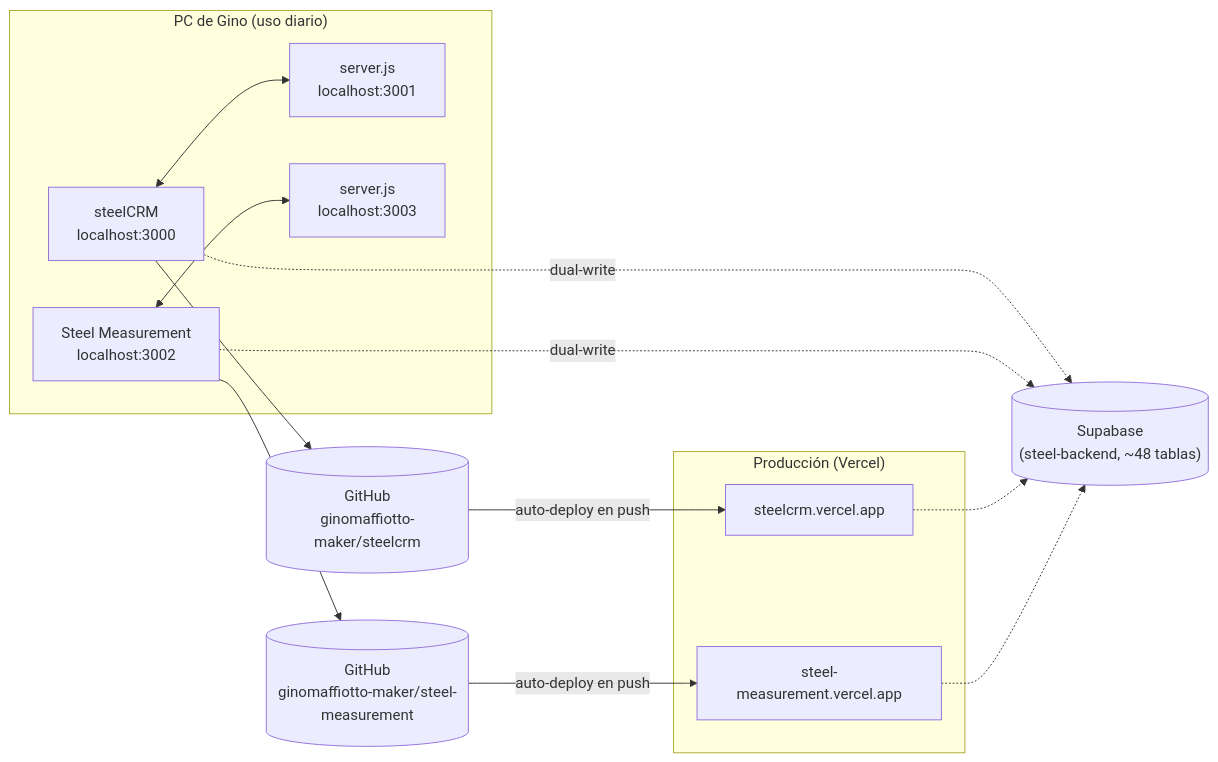
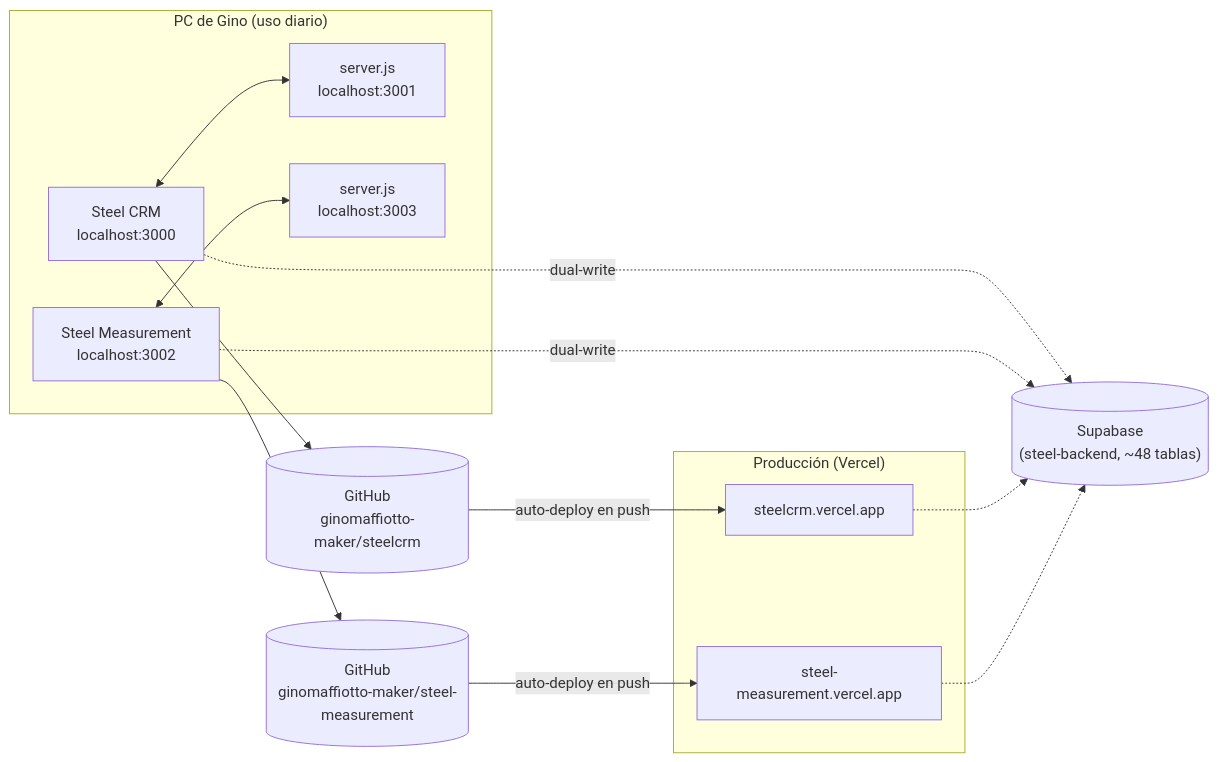
One commit to ginomaffiotto-maker/steel-measurement changed the diagram in ARQUITECTURA-COMPARTIDA.md. Above: the diagram before and after it, drawn with Mermaid. The commit also changed other lines of this file and 8 other files, not shown here.

First line of the commit message:
Steel CRM con mayusculas en prosa, consistente con Steel Measurement

````diff
--- a/ARQUITECTURA-COMPARTIDA.md
+++ b/ARQUITECTURA-COMPARTIDA.md
@@ -18,28 +18,28 @@
 ```mermaid
 flowchart LR
     subgraph LOCAL["PC de Gino (uso diario)"]
-        CRMlocal["steelCRM<br/>localhost:3000"]
+        CRMlocal["Steel CRM<br/>localhost:3000"]
         SMlocal["Steel Measurement<br/>localhost:3002"]
         SRVcrm["server.js<br/>localhost:3001"]
         SRVsm["server.js<br/>localhost:3003"]
     end
 
     subgraph PROD["Producción (Vercel)"]
         CRMprod["steelcrm.vercel.app"]
         SMprod["steel-measurement.vercel.app"]
     end
 
     GH1[("GitHub<br/>ginomaffiotto-maker/steelcrm")]
     GH2[("GitHub<br/>ginomaffiotto-maker/steel-measurement")]
 
     SB[("Supabase<br/>(steel-backend, ~48 tablas)")]
 
     CRMlocal <--> SRVcrm
     SMlocal <--> SRVsm
     CRMlocal --> GH1 -->|auto-deploy en push| CRMprod
     SMlocal --> GH2 -->|auto-deploy en push| SMprod
     CRMlocal -.dual-write.-> SB
     SMlocal -.dual-write.-> SB
     CRMprod -.-> SB
     SMprod -.-> SB
 ```
````
